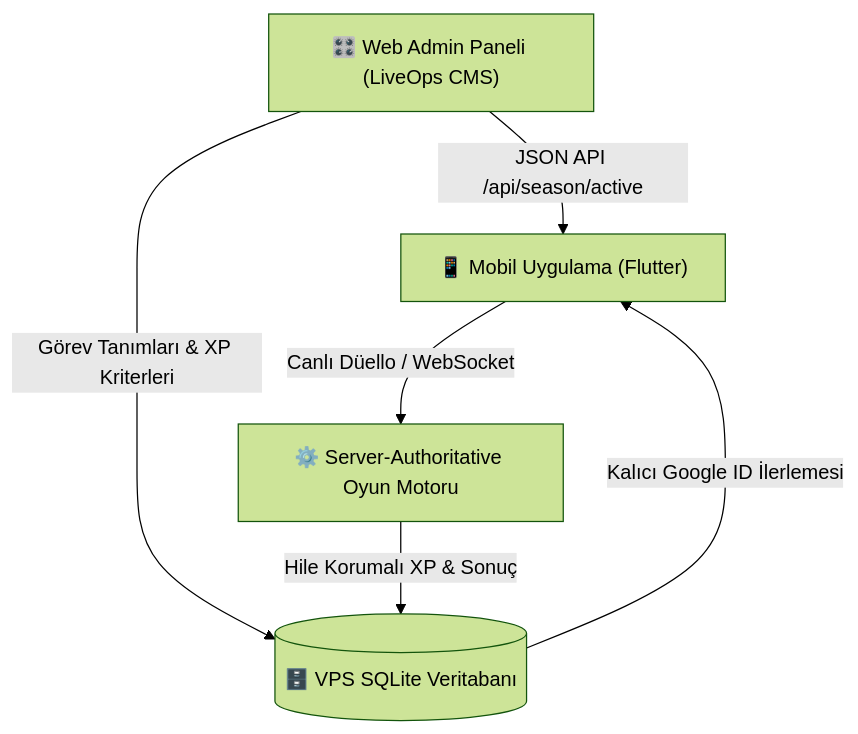
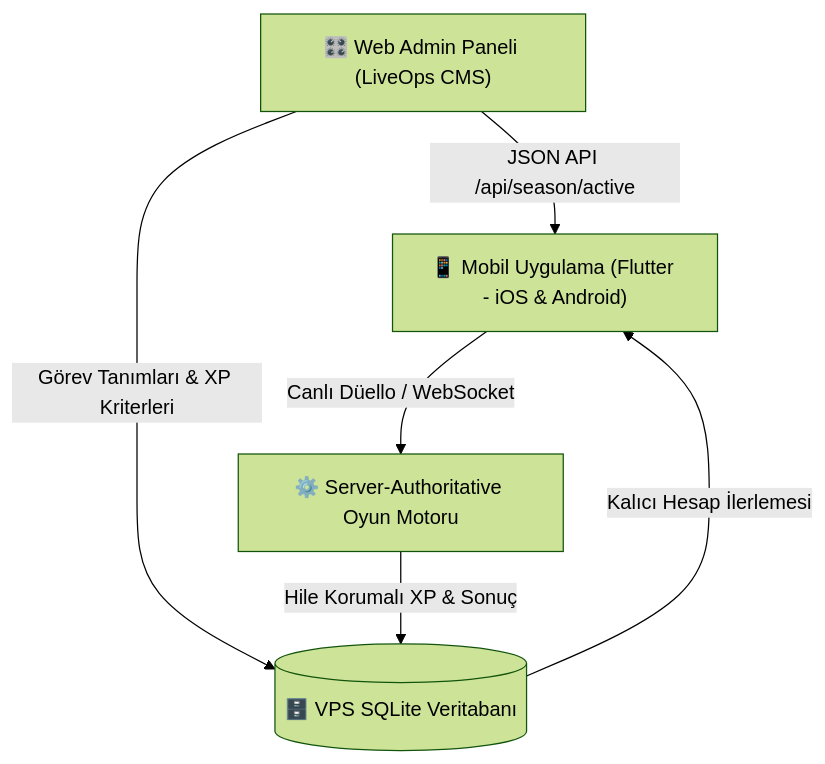
One commit to erd5334/muzik_duellosu changed the first of 3 diagrams in YOL_HARITASI.md. Above: the diagram before and after it, drawn with Mermaid (forest theme). The commit also changed other lines of this file, not shown here.

Commit message:
docs: integrate comprehensive Apple App Store launch & monetization roadmap

````diff
--- a/YOL_HARITASI.md
+++ b/YOL_HARITASI.md
@@ -22,8 +27,8 @@
 ```mermaid
 flowchart TD
-    AdminPanel["🎛️ Web Admin Paneli (LiveOps CMS)"] -->|JSON API /api/season/active| AppClient["📱 Mobil Uygulama (Flutter)"]
+    AdminPanel["🎛️ Web Admin Paneli (LiveOps CMS)"] -->|JSON API /api/season/active| AppClient["📱 Mobil Uygulama (Flutter - iOS & Android)"]
     AdminPanel -->|Görev Tanımları & XP Kriterleri| ServerDB[("🗄️ VPS SQLite Veritabanı")]
     AppClient -->|Canlı Düello / WebSocket| ServerEngine["⚙️ Server-Authoritative Oyun Motoru"]
     ServerEngine -->|Hile Korumalı XP & Sonuç| ServerDB
-    ServerDB -->|Kalıcı Google ID İlerlemesi| AppClient
+    ServerDB -->|Kalıcı Hesap İlerlemesi| AppClient
 ```
````
